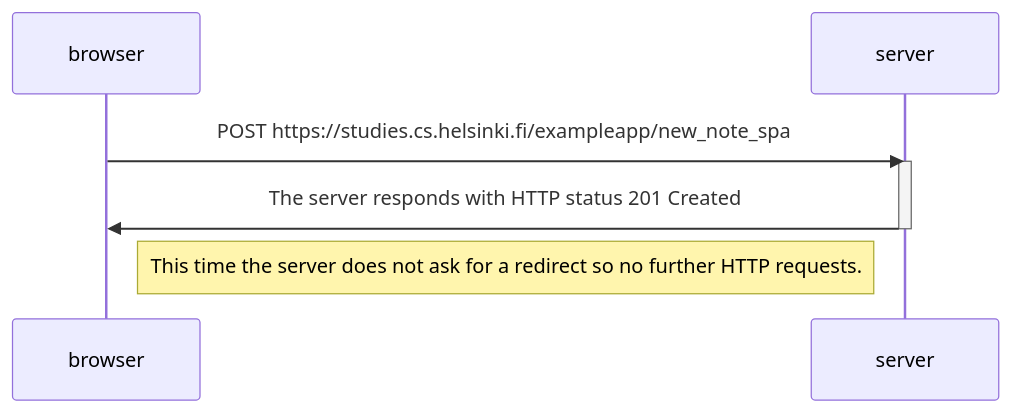
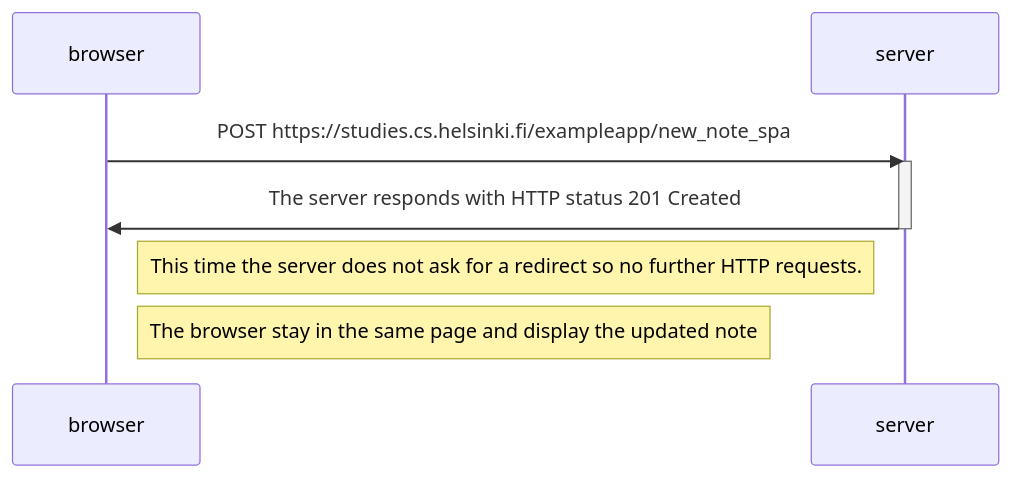
One commit to uglypow/Full-Stack-Open changed the diagram in part0/exercise_0.6.md. Above: the diagram before and after it, drawn with Mermaid.

````diff
--- a/part0/exercise_0.6.md
+++ b/part0/exercise_0.6.md
@@ -1,13 +1,14 @@
 ```mermaid
 sequenceDiagram
     participant browser
     participant server
     
     browser->>server: POST https://studies.cs.helsinki.fi/exampleapp/new_note_spa
     activate server
     server->>browser: The server responds with HTTP status 201 Created
     deactivate server
 
    
     Note right of browser:  This time the server does not ask for a redirect so no further HTTP requests.
+    Note right of browser:  The browser stay in the same page and display the updated note
 ```
````
